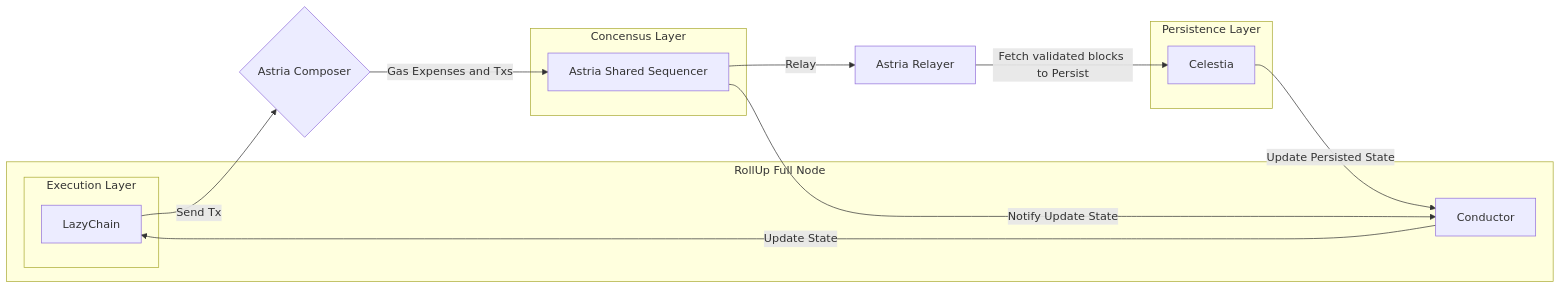
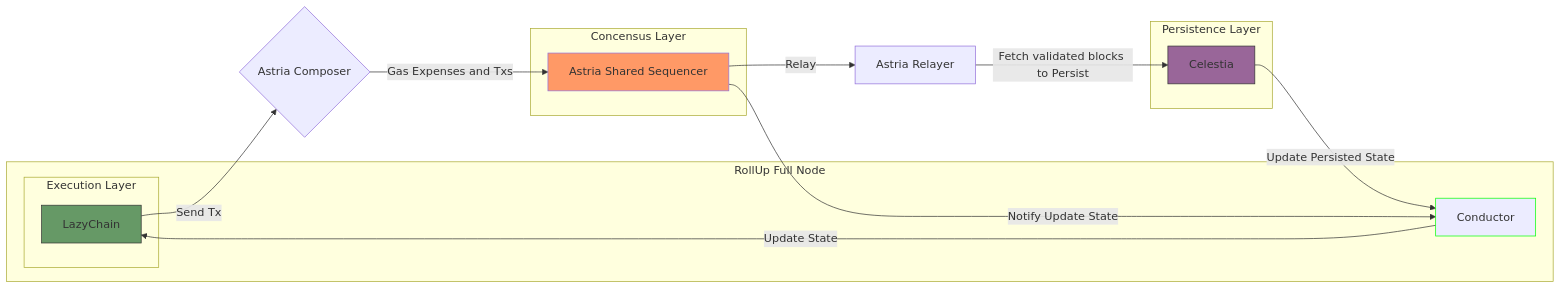
The first of 5 diagrams in learn/adr/0013-astria.md (Lazychain/docs), drawn with Mermaid before and after one commit. The commit also changed other lines of this file, not shown here.

Commit message:
feat: Add astria architecture

````diff
--- a/learn/adr/0013-astria.md
+++ b/learn/adr/0013-astria.md
@@ -44,29 +44,38 @@
 ```mermaid
 flowchart LR
     subgraph RollUp["RollUp Full Node"]
         subgraph Runtime["Execution Layer"]
             C[LazyChain]
         end
         G[Conductor]
     end
     subgraph Concensus["Concensus Layer"]
         E[Astria Shared Sequencer]
     end
 
     D{Astria Composer}
     F[Astria Relayer]
 
     subgraph Persistence["Persistence Layer"]
         H[Celestia]
     end
     
     C -- Send Tx --> D
     D -- Gas Expenses and Txs --> E
     E -- Relay --> F
     F -- Fetch validated blocks to Persist --> H
 
     H -- Update Persisted State --> G
     E -- Notify Update State --> G
     G -- Update State --> C 
 
+    classDef green fill:#696,stroke:#333;
+    classDef purple fill:#969,stroke:#333;
+    classDef orange fill:#f96
+    classDef bar stroke:#0f0
+    class E orange
+    class C green
+    class H purple
+    class G bar
+
 ```
````
